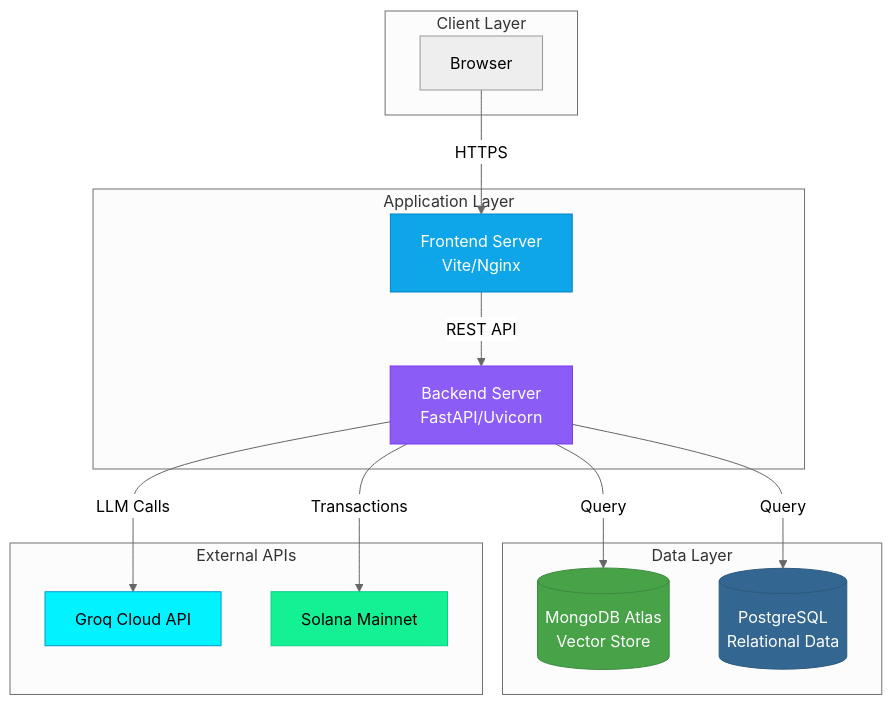
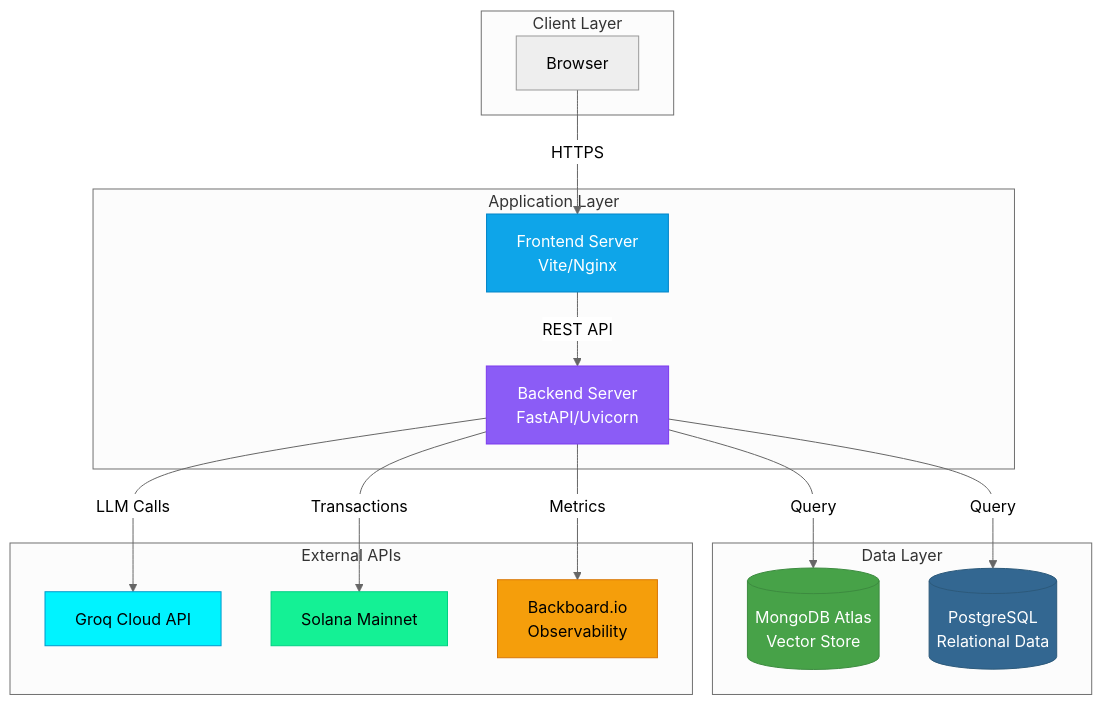
The sixth of 7 diagrams in docs/ARCHITECTURE.md (MohitSahoo/RTI_Lens), drawn with Mermaid (neutral theme) before and after one commit. The commit also changed other lines of this file and 2 other files, not shown here.

````diff
--- a/docs/ARCHITECTURE.md
+++ b/docs/ARCHITECTURE.md
@@ -216,35 +225,38 @@
 ```mermaid
 graph TB
     subgraph "Client Layer"
         B[Browser]
     end
 
     subgraph "Application Layer"
         FE[Frontend Server<br/>Vite/Nginx]
         BE[Backend Server<br/>FastAPI/Uvicorn]
     end
 
     subgraph "Data Layer"
         MDB[(MongoDB Atlas<br/>Vector Store)]
         PG[(PostgreSQL<br/>Relational Data)]
     end
 
     subgraph "External APIs"
         GROQ[Groq Cloud API]
         SOL[Solana Mainnet]
+        BB[Backboard.io<br/>Observability]
     end
 
     B -->|HTTPS| FE
     FE -->|REST API| BE
     BE -->|Query| MDB
     BE -->|Query| PG
     BE -->|LLM Calls| GROQ
     BE -->|Transactions| SOL
+    BE -->|Metrics| BB
 
     style FE fill:#0ea5e9,stroke:#0284c7,color:#fff
     style BE fill:#8b5cf6,stroke:#7c3aed,color:#fff
     style MDB fill:#47a248,stroke:#3d8b40,color:#fff
     style PG fill:#336791,stroke:#2d5a7b,color:#fff
     style GROQ fill:#00f3ff,stroke:#0099cc,color:#000
     style SOL fill:#14f195,stroke:#00d084,color:#000
+    style BB fill:#f59e0b,stroke:#d97706,color:#000
 ```
````
